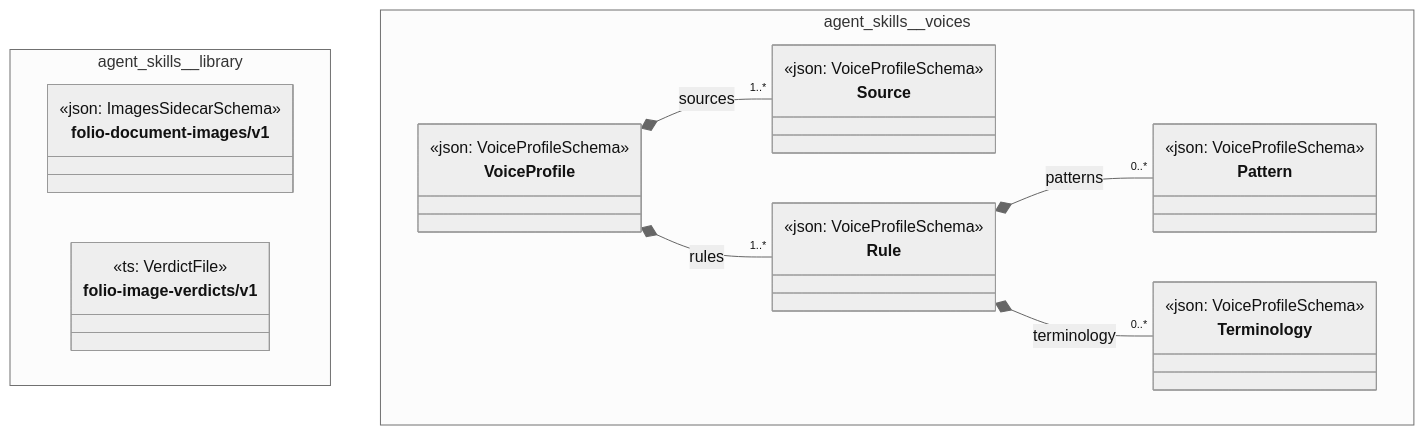
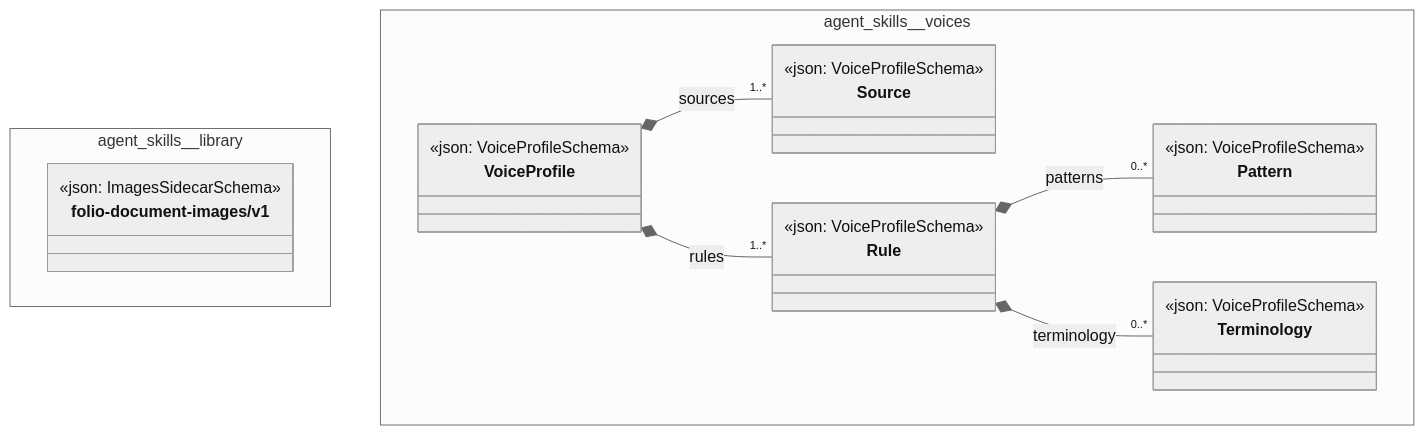
One commit to litlfred/folio-assistant changed the diagram in cat-harness/docs/uml/overview/agent-skills.md. Above: the diagram before and after it, drawn with Mermaid (neutral theme). The commit also changed other lines of this file and 150 other files, not shown here.

First line of the commit message:
uml: draw only the $schema families a sub-graph actually holds

````diff
--- a/cat-harness/docs/uml/overview/agent-skills.md
+++ b/cat-harness/docs/uml/overview/agent-skills.md
@@ -12,40 +12,36 @@
 ```mermaid
 classDiagram
   direction TB
   namespace agent_skills__library {
     class agent_skills_library_folio_document_images_v1_folio_document_images_v1["folio-document-images/v1"] {
       <<json: ImagesSidecarSchema>>
-    }
-    class agent_skills_library_folio_image_verdicts_v1["folio-image-verdicts/v1"] {
-      <<ts: VerdictFile>>
     }
   }
   namespace agent_skills__voices {
     class agent_skills_voices_Source["Source"] {
       <<json: VoiceProfileSchema>>
     }
     class agent_skills_voices_Pattern["Pattern"] {
       <<json: VoiceProfileSchema>>
     }
     class agent_skills_voices_Terminology["Terminology"] {
       <<json: VoiceProfileSchema>>
     }
     class agent_skills_voices_Rule["Rule"] {
       <<json: VoiceProfileSchema>>
     }
     class agent_skills_voices_VoiceProfile["VoiceProfile"] {
       <<json: VoiceProfileSchema>>
     }
   }
   cssClass "agent_skills_library_folio_document_images_v1_folio_document_images_v1" fa_uml_kind_library
-  cssClass "agent_skills_library_folio_image_verdicts_v1" fa_uml_kind_library
   agent_skills_voices_VoiceProfile *-- "1..*" agent_skills_voices_Source : sources
   agent_skills_voices_Rule *-- "0..*" agent_skills_voices_Pattern : patterns
   agent_skills_voices_Rule *-- "0..*" agent_skills_voices_Terminology : terminology
   agent_skills_voices_VoiceProfile *-- "1..*" agent_skills_voices_Rule : rules
   cssClass "agent_skills_voices_Source" fa_uml_kind_voices
   cssClass "agent_skills_voices_Pattern" fa_uml_kind_voices
   cssClass "agent_skills_voices_Terminology" fa_uml_kind_voices
   cssClass "agent_skills_voices_Rule" fa_uml_kind_voices
   cssClass "agent_skills_voices_VoiceProfile" fa_uml_kind_voices
 ```
````
